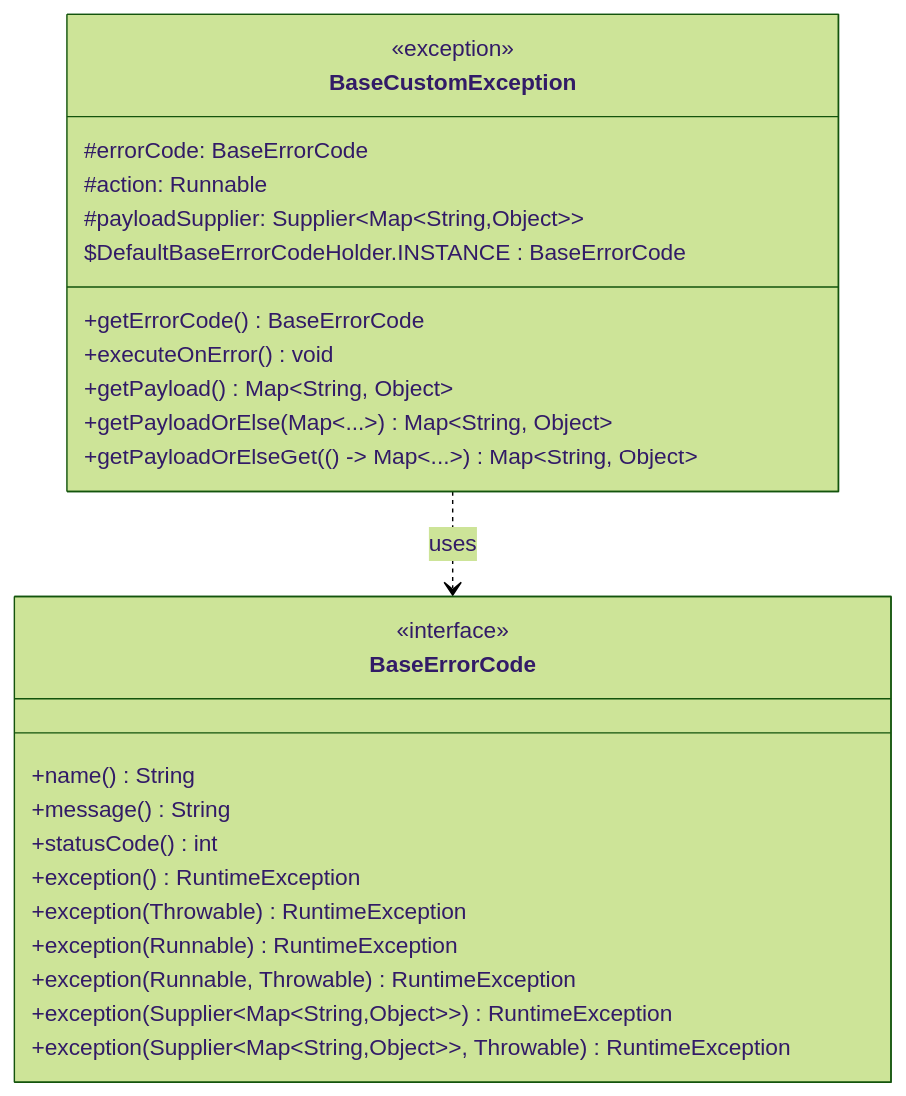
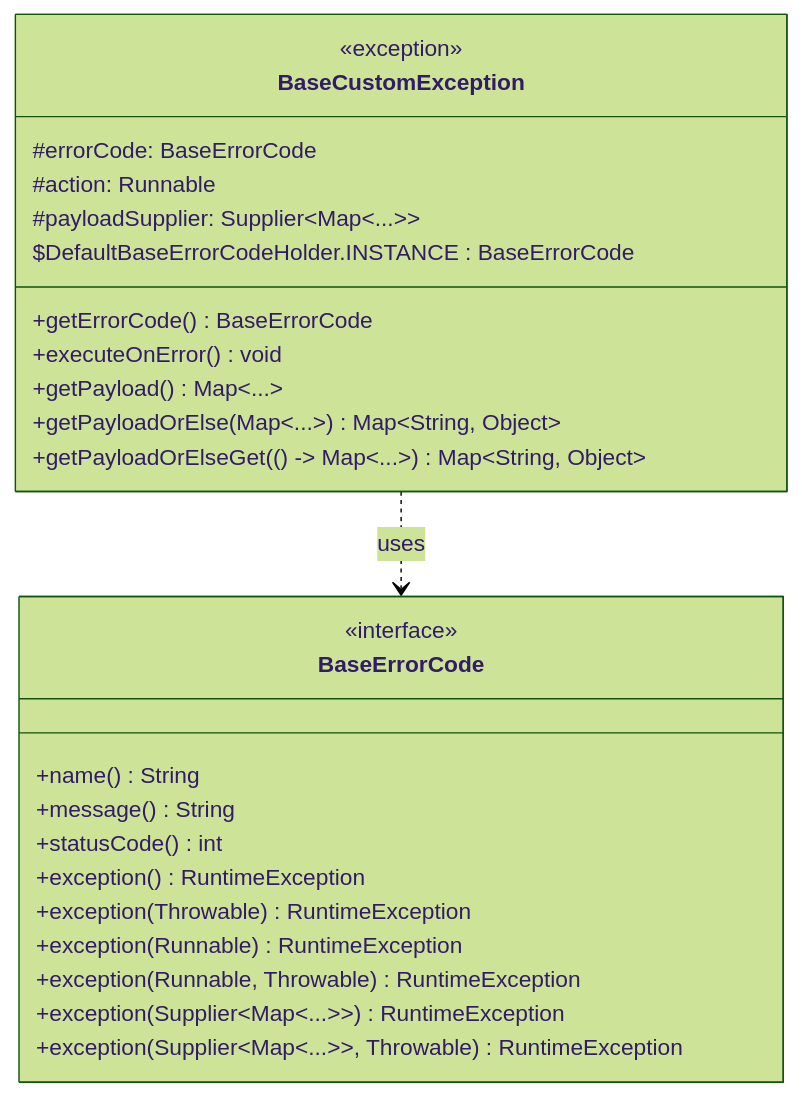
The second of 3 diagrams in README.md (merge-simpson/letsdev-error-code-api), drawn with Mermaid before and after one commit.

Commit message:
docs(readme): edit mermaid by shortening generic type variables of map

````diff
--- a/README.md
+++ b/README.md
@@ -50,49 +50,49 @@
 ```mermaid
 %%{init: {"theme": "forest", "themeVariables": {"fontFamily": "Comic Sans MS"}}}%%
 classDiagram
 %% 클래스 목록
     class BaseErrorCode {
         <<interface>>
         +name() String
         +message() String
         +statusCode() int
         +exception() RuntimeException
         +exception(Throwable) RuntimeException
         +exception(Runnable) RuntimeException
         +exception(Runnable, Throwable) RuntimeException
-        +exception(Supplier&lt;Map&lt;String,Object>>) RuntimeException
-        +exception(Supplier&lt;Map&lt;String,Object>>, Throwable) RuntimeException
+        +exception(Supplier&lt;Map&lt;...>>) RuntimeException
+        +exception(Supplier&lt;Map&lt;...>>, Throwable) RuntimeException
     }
 
     class BaseCustomException {
         <<exception>>
         #errorCode: BaseErrorCode
         #action: Runnable
-        #payloadSupplier: Supplier&lt;Map&lt;String,Object>>
+        #payloadSupplier: Supplier&lt;Map&lt;...>>
         $DefaultBaseErrorCodeHolder.INSTANCE : BaseErrorCode
         
 %%        +BaseCustomException()
 %%        +BaseCustomException(message: String)
 %%        +BaseCustomException(message: String, cause: Throwable)
 %%        +BaseCustomException(errorCode: BaseErrorCode)
 %%        +BaseCustomException(errorCode: BaseErrorCode, cause: Throwable)
 %%        +BaseCustomException(errorCode: BaseErrorCode, action: Runnable)
 %%        +BaseCustomException(errorCode: BaseErrorCode, action: Runnable, cause: Throwable)
 %%        +BaseCustomException(errorCode: BaseErrorCode, payloadSupplier: Supplier&lt;Map&lt;String,Object>>)
 %%        +BaseCustomException(errorCode: BaseErrorCode, payloadSupplier: Supplier&lt;Map&lt;String,Object>>, cause: Throwable)
         
         +getErrorCode() BaseErrorCode
         +executeOnError() void
-        +getPayload() Map&lt;String, Object>
+        +getPayload() Map&lt;...>
         +getPayloadOrElse(Map&lt;...>) Map&lt;String, Object>
         +getPayloadOrElseGet(() -> Map&lt;...>) Map&lt;String, Object>
     }
 
 %%    class DefaultBaseErrorCodeHolder {
 %%        <<private>>
 %%        -INSTANCE : BaseErrorCode
 %%    }
 
 %% 관계 표현
     BaseCustomException ..> BaseErrorCode : uses
 ```
````
